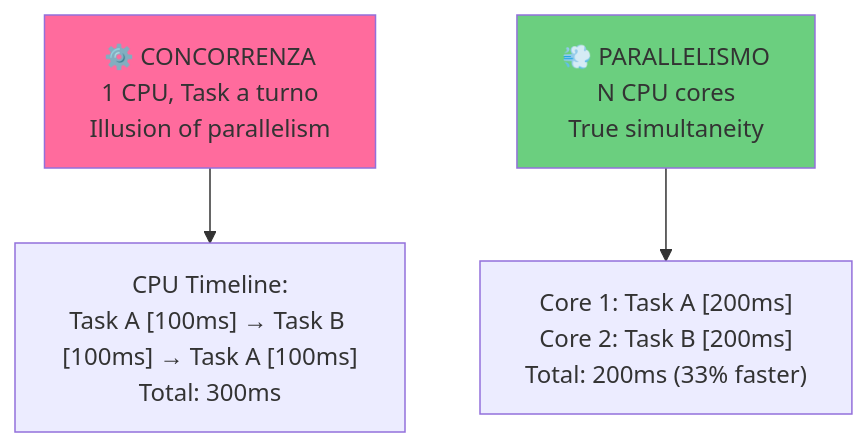
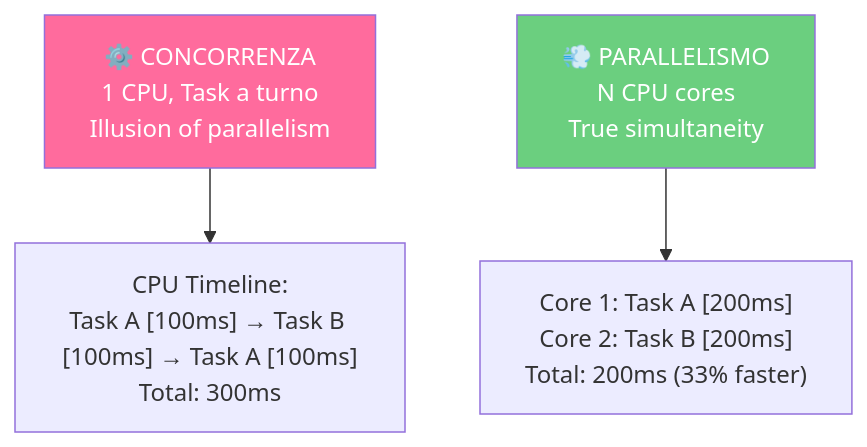
One commit to federicodiluca/federicodiluca.github.io changed the diagram in src/content/blog/programmazione-concorrente.md. Above: the diagram before and after it, drawn with Mermaid. The commit also changed 10 other files, not shown here.

First line of the commit message:
fix: improve Mermaid diagram text colors for accessibility

````diff
--- a/src/content/blog/programmazione-concorrente.md
+++ b/src/content/blog/programmazione-concorrente.md
@@ -13,11 +13,11 @@
 ```mermaid
 graph TD
     A["⚙️ CONCORRENZA<br/>1 CPU, Task a turno<br/>Illusion of parallelism"] 
     B["💨 PARALLELISMO<br/>N CPU cores<br/>True simultaneity"]
     
     A --> A1["CPU Timeline:<br/>Task A [100ms] → Task B [100ms] → Task A [100ms]<br/>Total: 300ms"]
     B --> B1["Core 1: Task A [200ms]<br/>Core 2: Task B [200ms]<br/>Total: 200ms (33% faster)"]
     
-    style A fill:#ff6b9d
-    style B fill:#6bcf7f
+    style A fill:#ff6b9d,color:#fff
+    style B fill:#6bcf7f,color:#fff
 ```
````
